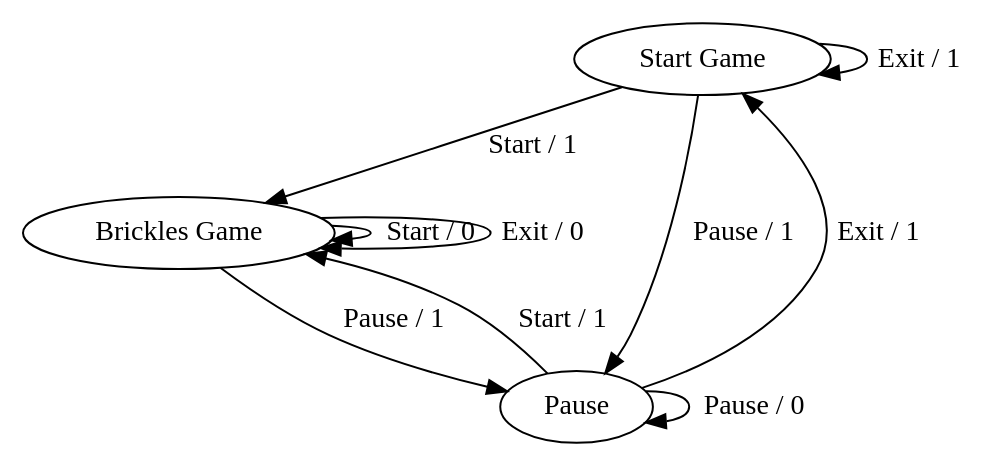
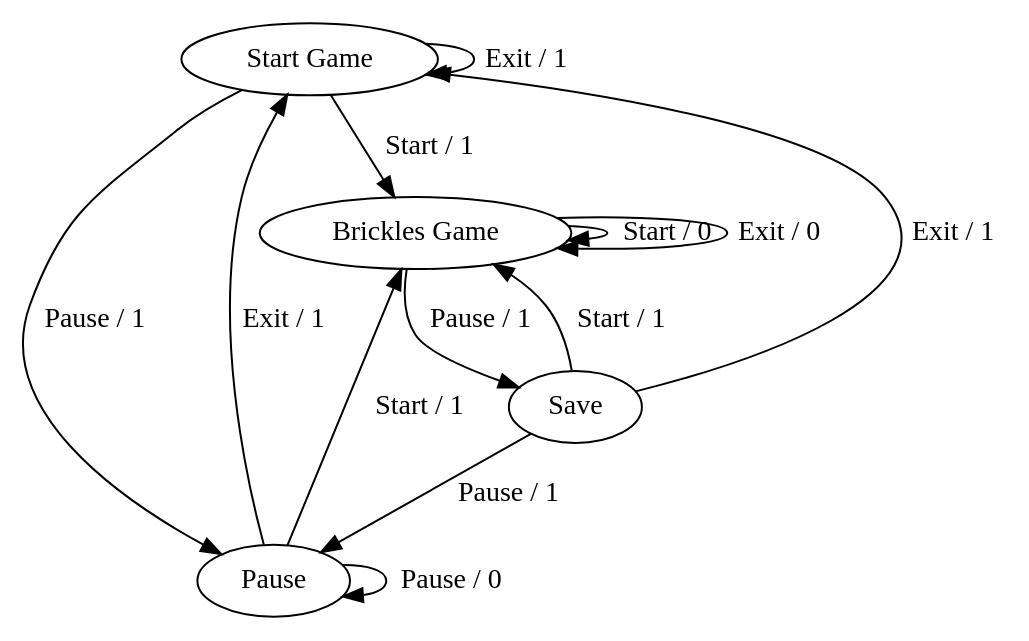
One commit to GianniM123/FFSM_fingerprint changed the diagram in FFSM_diff/dot-files/brickles.dot. Above: the diagram before and after it, drawn with Graphviz. The commit also changed 8 other files, not shown here.

```diff
--- a/FFSM_diff/dot-files/brickles.dot
+++ b/FFSM_diff/dot-files/brickles.dot
@@ -1,16 +1,20 @@
 digraph{
     	graph [version="brickles"];
 "Start Game"
 "Brickles Game"
 "Pause"
+"Save"
 
 "Start Game" -> "Brickles Game" [label="Start / 1"]
 "Start Game" -> "Start Game" [label="Exit / 1"]
 "Start Game" -> "Pause" [label="Pause / 1"] 
 "Brickles Game" -> "Brickles Game" [label="Start / 0"] 
 "Brickles Game" -> "Brickles Game" [label="Exit / 0"]
-"Brickles Game" -> "Pause" [label="Pause / 1"]
+"Brickles Game" -> "Save" [label="Pause / 1"]
 "Pause"  -> "Brickles Game" [label="Start / 1"]
 "Pause"  -> "Start Game" [label="Exit / 1"]
-"Pause"  -> "Pause" [label="Pause / 0"] 
+"Pause"  -> "Pause" [label="Pause / 0"]
+"Save" -> "Brickles Game" [label="Start / 1"]
+"Save" -> "Start Game" [label="Exit / 1"]
+"Save" -> "Pause" [label="Pause / 1"]
 }
```
